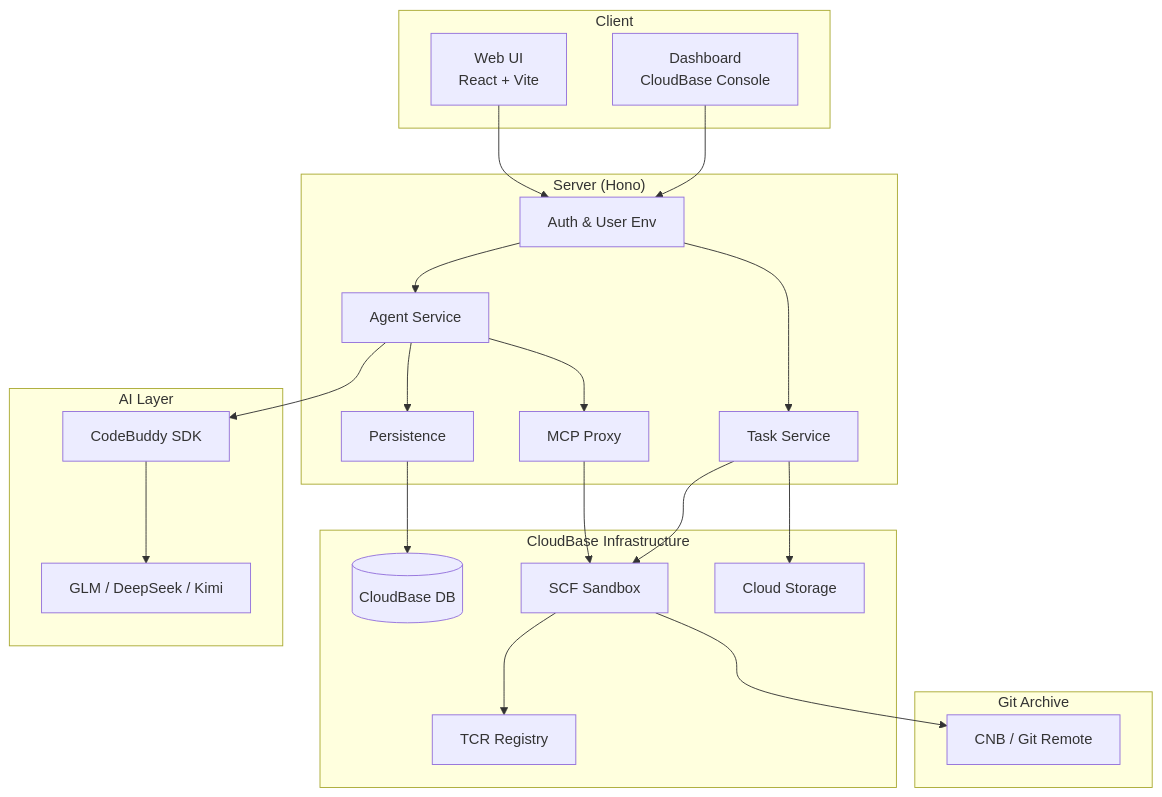
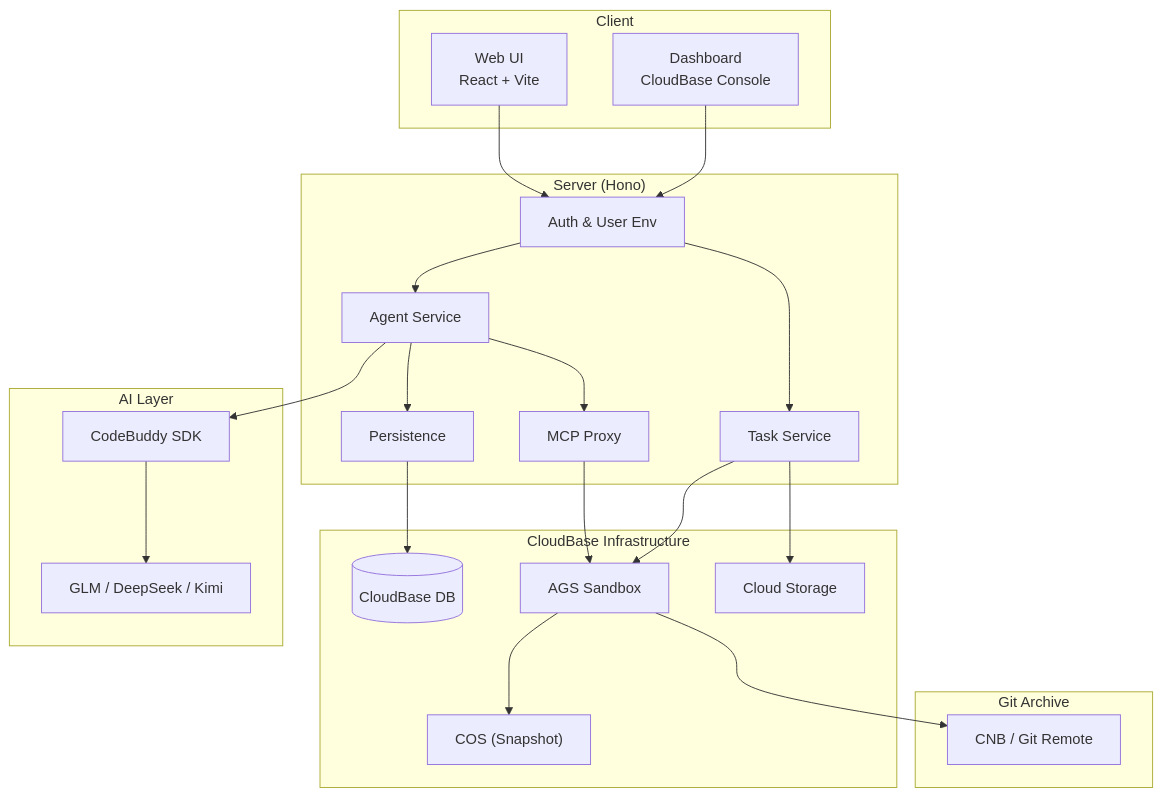
The first of 5 diagrams in docs/architecture.md (yhsunshining/coding-agent-template), drawn with Mermaid before and after one commit. The commit also changed other lines of this file and 5 other files, not shown here.

First line of the commit message:
docs: purge all SCF references, update to AGS-only

````diff
--- a/docs/architecture.md
+++ b/docs/architecture.md
@@ -7,44 +7,44 @@
 ```mermaid
 graph TB
     subgraph Client["Client"]
         Web["Web UI<br/>React + Vite"]
         Dashboard["Dashboard<br/>CloudBase Console"]
     end
 
     subgraph Server["Server (Hono)"]
         Auth["Auth & User Env"]
         AgentSvc["Agent Service"]
         TaskSvc["Task Service"]
         Persist["Persistence"]
         MCP["MCP Proxy"]
     end
 
     subgraph Infra["CloudBase Infrastructure"]
         DB[("CloudBase DB")]
-        SCF["SCF Sandbox"]
+        AGS["AGS Sandbox"]
         Storage["Cloud Storage"]
-        TCR["TCR Registry"]
+        COS["COS (Snapshot)"]
     end
 
     subgraph AI["AI Layer"]
         SDK["CodeBuddy SDK"]
         Models["GLM / DeepSeek / Kimi"]
     end
 
     subgraph Git["Git Archive"]
         CNB["CNB / Git Remote"]
     end
 
     Web --> Auth
     Dashboard --> Auth
     Auth --> AgentSvc
     Auth --> TaskSvc
     AgentSvc --> SDK --> Models
     AgentSvc --> MCP
-    MCP --> SCF
-    TaskSvc --> SCF
+    MCP --> AGS
+    TaskSvc --> AGS
     AgentSvc --> Persist --> DB
-    SCF --> CNB
-    SCF --> TCR
+    AGS --> CNB
+    AGS --> COS
     TaskSvc --> Storage
 ```
````
